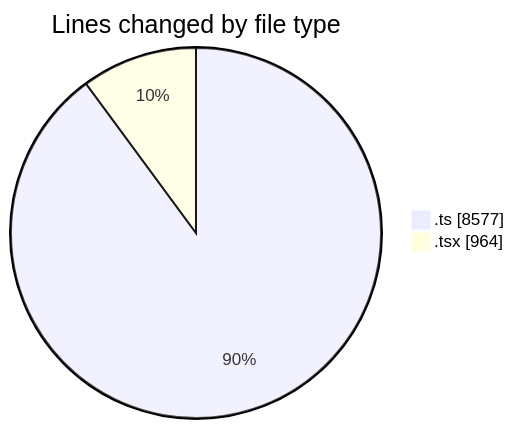
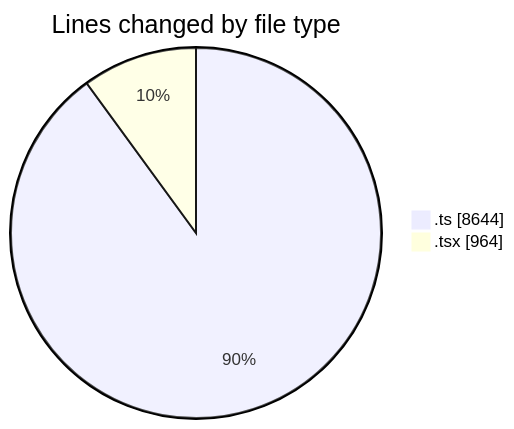
The first of 2 diagrams in 2025-07-14/cda/README.md (momahboobian/code-tracking), drawn with Mermaid before and after one commit. The commit also changed other lines of this file and 1 other file, not shown here.

````diff
--- a/2025-07-14/cda/README.md
+++ b/2025-07-14/cda/README.md
@@ -26,6 +26,6 @@
 ```mermaid
 pie showData
 title Lines changed by file type
-".ts" : 8577
+".ts" : 8644
 ".tsx" : 964
 ```
````
